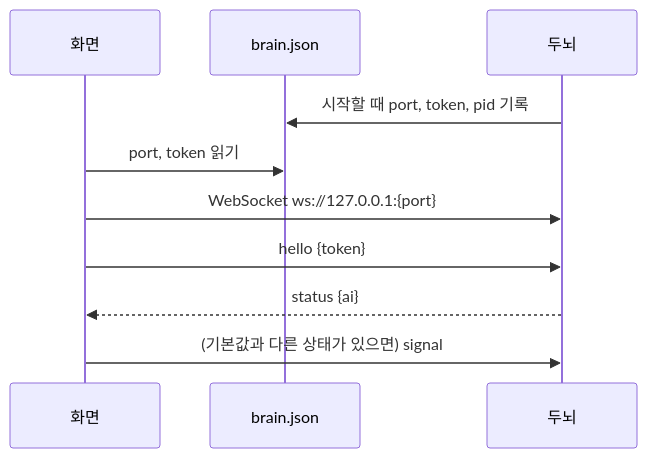
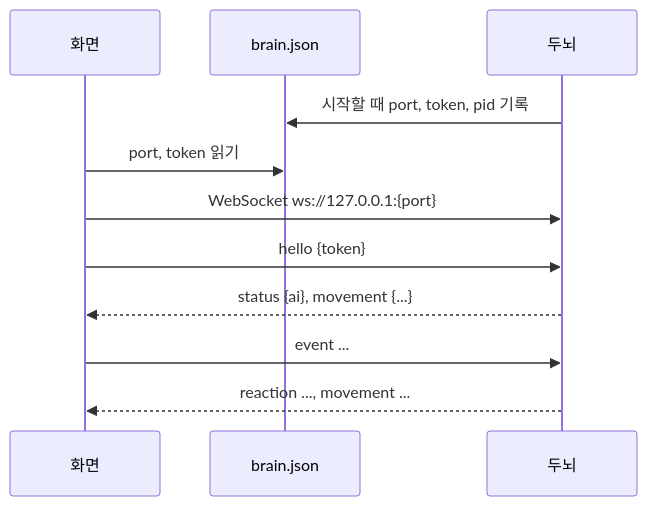
One commit to HEOSEONGILml/AssistantChatBot changed the diagram in docs/brain-protocol.md. Above: the diagram before and after it, drawn with Mermaid. The commit also changed other lines of this file and 3 other files, not shown here.

Commit message:
feat(brain v2): 프로토콜 v2 — event·movement, 실행에 저장소·기분 시계

````diff
--- a/docs/brain-protocol.md
+++ b/docs/brain-protocol.md
@@ -7,12 +7,13 @@
 ```mermaid
 sequenceDiagram
   participant 화면
   participant 파일 as brain.json
   participant 두뇌
   두뇌->>파일: 시작할 때 port, token, pid 기록
   화면->>파일: port, token 읽기
   화면->>두뇌: WebSocket ws://127.0.0.1:{port}
   화면->>두뇌: hello {token}
-  두뇌-->>화면: status {ai}
-  화면->>두뇌: (기본값과 다른 상태가 있으면) signal
+  두뇌-->>화면: status {ai}, movement {...}
+  화면->>두뇌: event ...
+  두뇌-->>화면: reaction ..., movement ...
 ```
````
